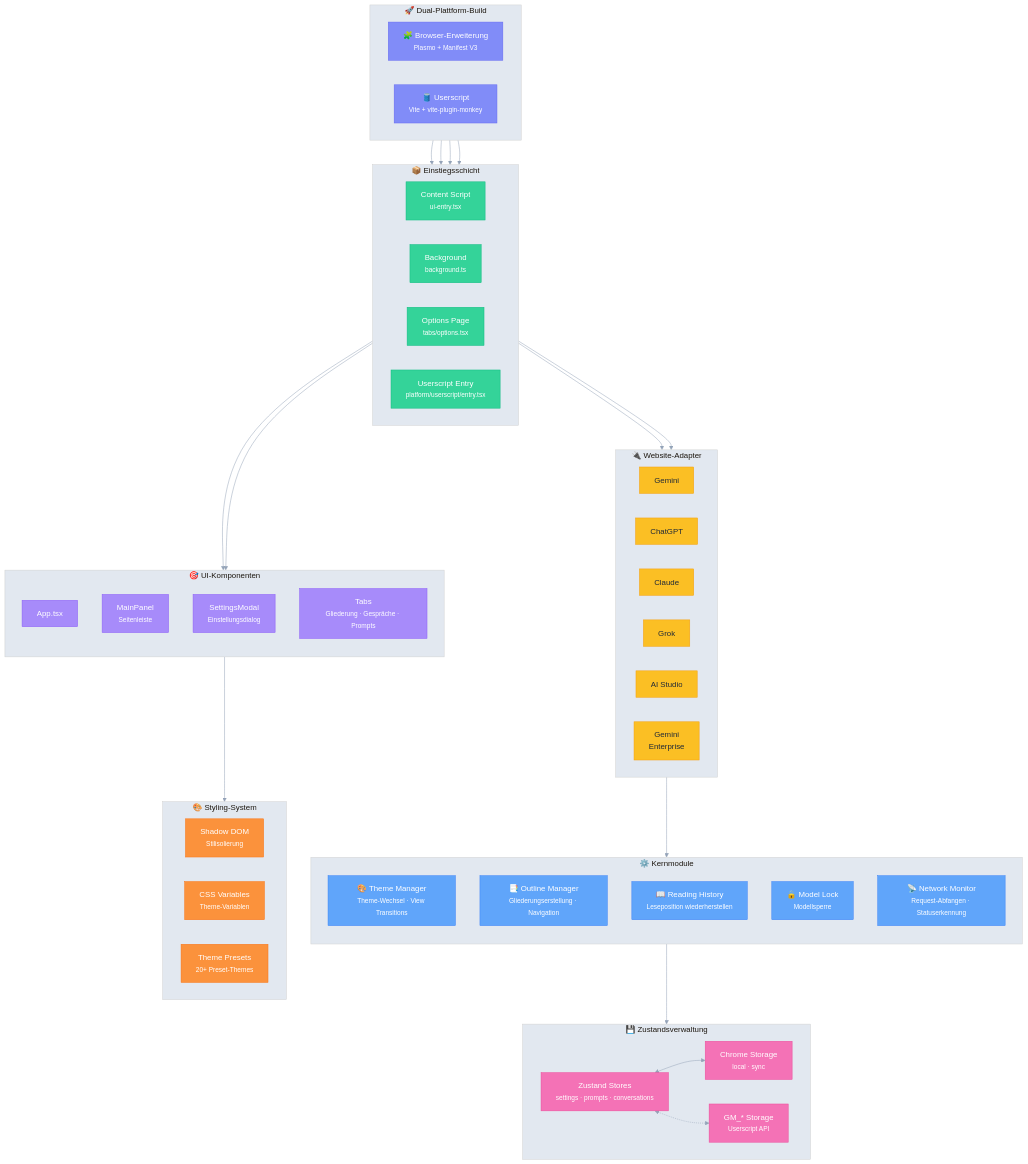
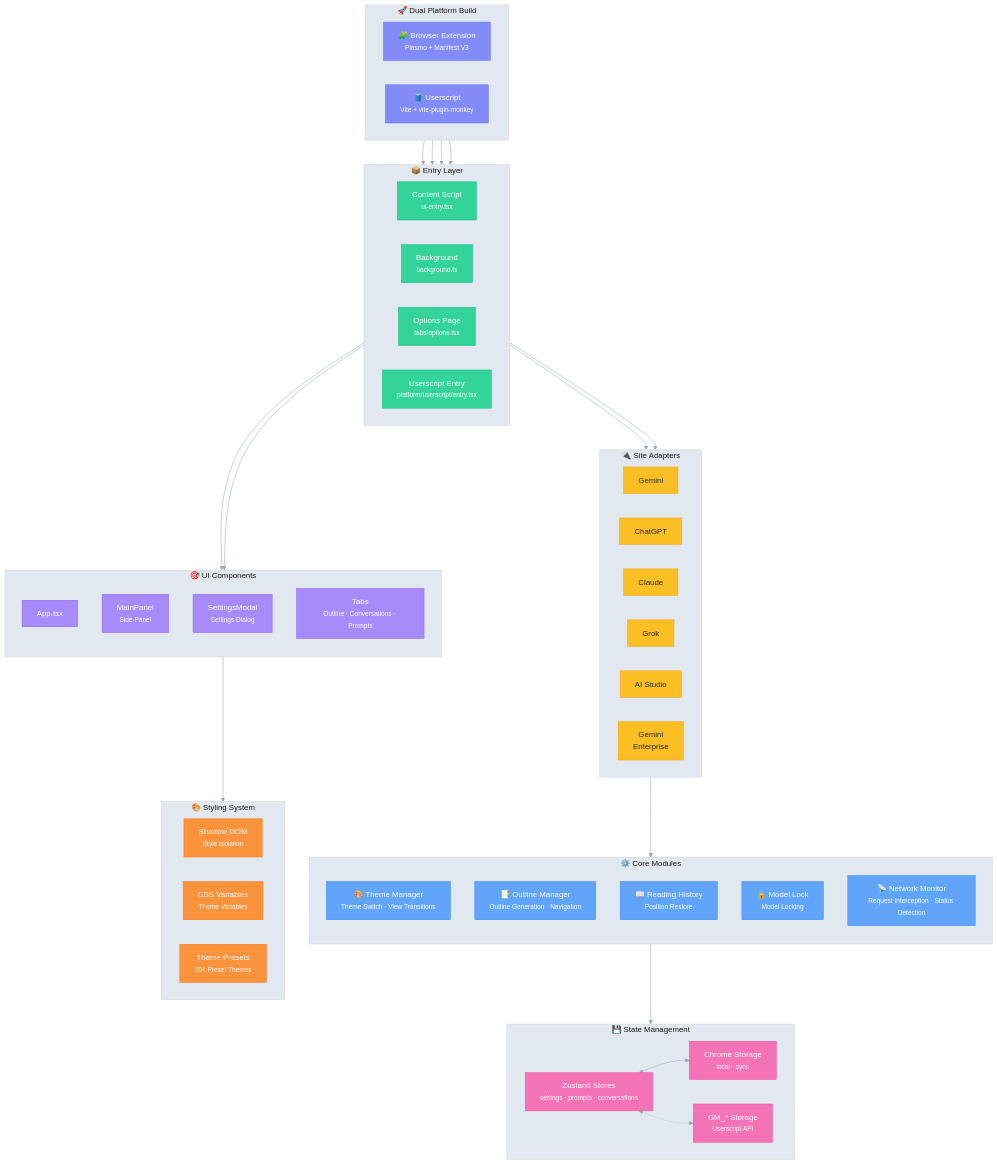
Before and after one commit to urzeye/ophel: the diagram in .github/readmes/README_de.md, drawn with Mermaid. The commit also changed other lines of this file and 7 other files, not shown here.

````diff
--- a/.github/readmes/README_de.md
+++ b/.github/readmes/README_de.md
@@ -77,13 +138,13 @@
 ```mermaid
 %%{init: {'theme': 'base', 'themeVariables': { 'primaryColor': '#6366f1', 'primaryTextColor': '#fff', 'primaryBorderColor': '#4f46e5', 'lineColor': '#94a3b8', 'secondaryColor': '#f1f5f9', 'tertiaryColor': '#e2e8f0', 'background': '#ffffff'}}}%%
 flowchart TB
-    subgraph Platforms["🚀 Dual-Plattform-Build"]
+    subgraph Platforms["🚀 Dual Platform Build"]
         direction LR
-        EXT["🧩 Browser-Erweiterung<br/><small>Plasmo + Manifest V3</small>"]
+        EXT["🧩 Browser Extension<br/><small>Plasmo + Manifest V3</small>"]
         US["🛢️ Userscript<br/><small>Vite + vite-plugin-monkey</small>"]
     end
 
-    subgraph Entry["📦 Einstiegsschicht"]
+    subgraph Entry["📦 Entry Layer"]
         direction LR
         CE["Content Script<br/><small>ui-entry.tsx</small>"]
         BG["Background<br/><small>background.ts</small>"]
@@ -91,7 +152,7 @@
         USE["Userscript Entry<br/><small>platform/userscript/entry.tsx</small>"]
     end
 
-    subgraph Adapters["🔌 Website-Adapter"]
+    subgraph Adapters["🔌 Site Adapters"]
         direction LR
         GEM["Gemini"]
         GPT["ChatGPT"]
@@ -101,49 +162,55 @@
         GEE["Gemini<br/>Enterprise"]
     end
 
-    subgraph Core["⚙️ Kernmodule"]
+    subgraph Core["⚙️ Core Modules"]
         direction TB
-        TM["🎨 Theme Manager<br/><small>Theme-Wechsel · View Transitions</small>"]
-        OM["📑 Outline Manager<br/><small>Gliederungserstellung · Navigation</small>"]
-        RH["📖 Reading History<br/><small>Leseposition wiederherstellen</small>"]
-        ML["🔒 Model Lock<br/><small>Modellsperre</small>"]
-        NM["📡 Network Monitor<br/><small>Request-Abfangen · Statuserkennung</small>"]
+        TM["🎨 Theme Manager<br/><small>Theme Switch · View Transitions</small>"]
+        OM["📑 Outline Manager<br/><small>Outline Generation · Navigation</small>"]
+        RH["📖 Reading History<br/><small>Position Restore</small>"]
+        ML["🔒 Model Lock<br/><small>Model Locking</small>"]
+        NM["📡 Network Monitor<br/><small>Request Interception · Status Detection</small>"]
     end
 
-    subgraph State["💾 Zustandsverwaltung"]
+    subgraph State["💾 State Management"]
         direction LR
         ZS["Zustand Stores<br/><small>settings · prompts · conversations</small>"]
         CS["Chrome Storage<br/><small>local · sync</small>"]
         GM["GM_* Storage<br/><small>Userscript API</small>"]
     end
 
-    subgraph UI["🎯 UI-Komponenten"]
+    subgraph UI["🎯 UI Components"]
         direction TB
         APP["App.tsx"]
-        MP["MainPanel<br/><small>Seitenleiste</small>"]
-        SM["SettingsModal<br/><small>Einstellungsdialog</small>"]
-        TABS["Tabs<br/><small>Gliederung · Gespräche · Prompts</small>"]
+        MP["MainPanel<br/><small>Side Panel</small>"]
+        SM["SettingsModal<br/><small>Settings Dialog</small>"]
+        TABS["Tabs<br/><small>Outline · Conversations · Prompts</small>"]
     end
 
-    subgraph CSS["🎨 Styling-System"]
+    subgraph CSS["🎨 Styling System"]
         direction LR
-        SD["Shadow DOM<br/><small>Stilisolierung</small>"]
-        TV["CSS Variables<br/><small>Theme-Variablen</small>"]
-        TH["Theme Presets<br/><small>20+ Preset-Themes</small>"]
+        SD["Shadow DOM<br/><small>Style Isolation</small>"]
+        TV["CSS Variables<br/><small>Theme Variables</small>"]
+        TH["Theme Presets<br/><small>20+ Preset Themes</small>"]
     end
 
+    %% Connections
     EXT --> CE & BG & OPT
     US --> USE
+
     CE --> Adapters
     USE --> Adapters
+
     Adapters --> Core
     Core --> State
+
     CE --> UI
     USE --> UI
     UI --> CSS
+
     ZS <--> CS
     ZS <-.-> GM
 
+    %% Styles
     classDef platform fill:#818cf8,stroke:#6366f1,color:#fff
     classDef entry fill:#34d399,stroke:#10b981,color:#fff
     classDef adapter fill:#fbbf24,stroke:#f59e0b,color:#1f2937
````
